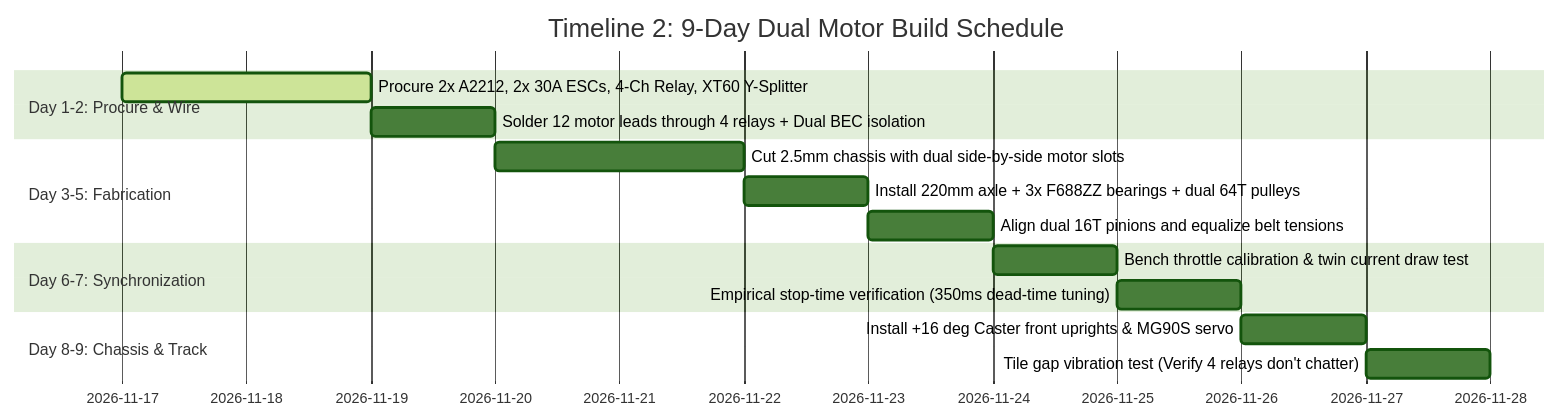
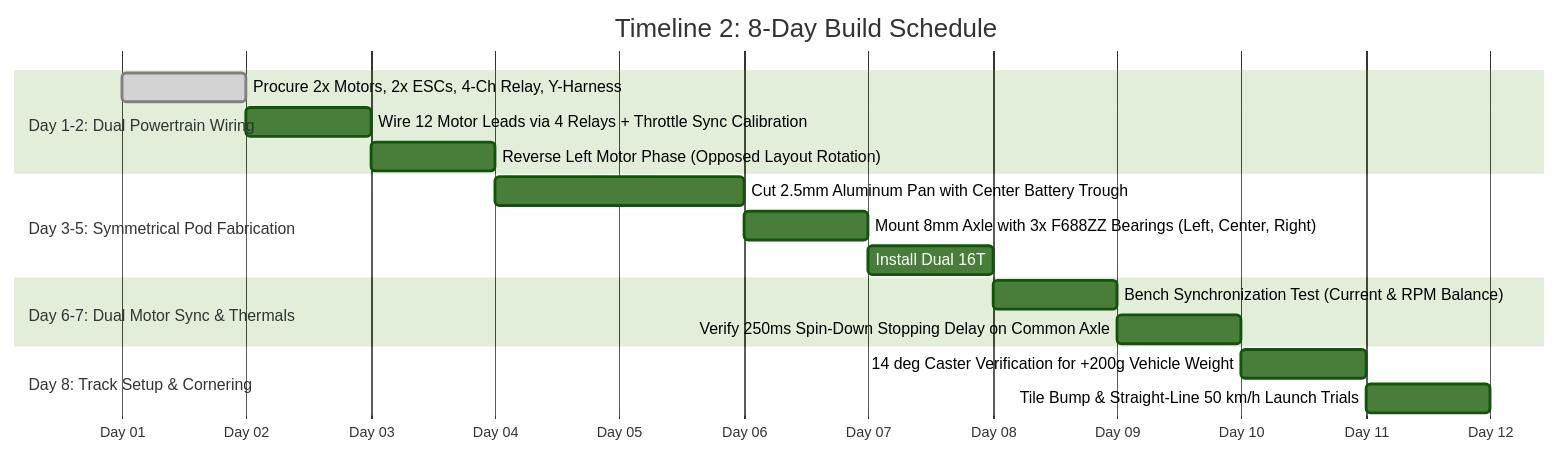
The diagram in docs/TIMELINE_2_TWIN_BRUTE.md (Biswa717-sudo/rc-race-kart-team-oorja), drawn with Mermaid (forest theme) before and after one commit. The commit also changed other lines of this file and 5 other files, not shown here.

Commit message:
feat: complete exhaustive engineering manuals for all 3 timelines, firmware vector controller, and updated README

````diff
--- a/docs/TIMELINE_2_TWIN_BRUTE.md
+++ b/docs/TIMELINE_2_TWIN_BRUTE.md
@@ -223,18 +48,20 @@
 ```mermaid
 gantt
-    title Timeline 2: 9-Day Dual Motor Build Schedule
-    dateFormat  YYYY-MM-DD
-    section Day 1-2: Procure & Wire
-    Procure 2x A2212, 2x 30A ESCs, 4-Ch Relay, XT60 Y-Splitter :active, t2_1, 2026-11-17, 2d
-    Solder 12 motor leads through 4 relays + Dual BEC isolation :t2_2, after t2_1, 1d
-    section Day 3-5: Fabrication
-    Cut 2.5mm chassis with dual side-by-side motor slots :t2_3, after t2_2, 2d
-    Install 220mm axle + 3x F688ZZ bearings + dual 64T pulleys :t2_4, after t2_3, 1d
-    Align dual 16T pinions and equalize belt tensions :t2_5, after t2_4, 1d
-    section Day 6-7: Synchronization
-    Bench throttle calibration & twin current draw test :t2_6, after t2_5, 1d
-    Empirical stop-time verification (350ms dead-time tuning) :t2_7, after t2_6, 1d
-    section Day 8-9: Chassis & Track
-    Install +16 deg Caster front uprights & MG90S servo :t2_8, after t2_7, 1d
-    Tile gap vibration test (Verify 4 relays don't chatter) :t2_9, after t2_8, 1d
+    title Timeline 2: 8-Day Build Schedule
+    dateFormat  D
+    axisFormat Day %d
+    section Day 1-2: Dual Powertrain Wiring
+    Procure 2x Motors, 2x ESCs, 4-Ch Relay, Y-Harness :done, t2_1, 1, 1d
+    Wire 12 Motor Leads via 4 Relays + Throttle Sync Calibration :t2_2, after t2_1, 1d
+    Reverse Left Motor Phase (Opposed Layout Rotation) :t2_3, after t2_2, 1d
+    section Day 3-5: Symmetrical Pod Fabrication
+    Cut 2.5mm Aluminum Pan with Center Battery Trough :t2_4, after t2_3, 2d
+    Mount 8mm Axle with 3x F688ZZ Bearings (Left, Center, Right) :t2_5, after t2_4, 1d
+    Install Dual 16T:64T Belts with Dual Idler Snubbers :t2_6, after t2_5, 1d
+    section Day 6-7: Dual Motor Sync & Thermals
+    Bench Synchronization Test (Current & RPM Balance) :t2_7, after t2_6, 1d
+    Verify 250ms Spin-Down Stopping Delay on Common Axle :t2_8, after t2_7, 1d
+    section Day 8: Track Setup & Cornering
+    14 deg Caster Verification for +200g Vehicle Weight :t2_9, after t2_8, 1d
+    Tile Bump & Straight-Line 50 km/h Launch Trials :t2_10, after t2_9, 1d
 ```
````
